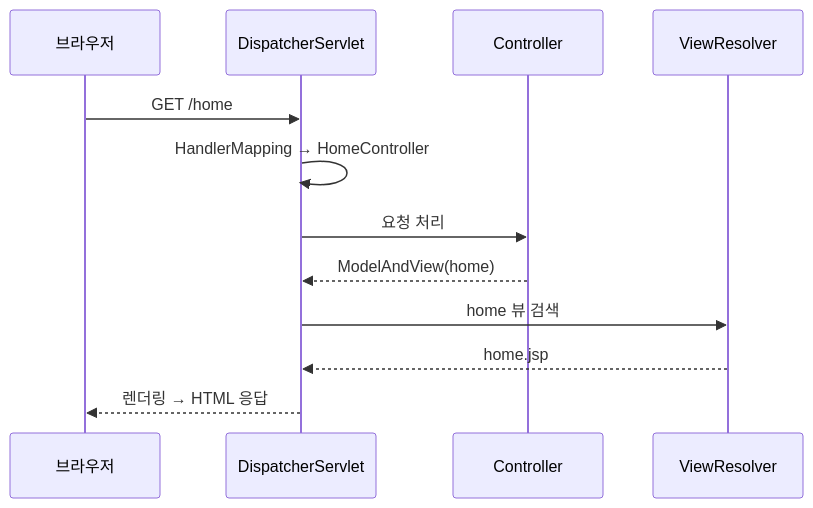
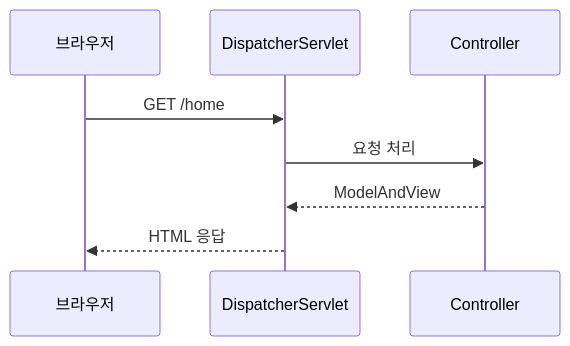
Before and after one commit to yjkim2015/yjkim2015.github.io: the first of 5 diagrams in _posts/spring/2020-08-10-스프링 동작 구조.md, drawn with Mermaid. The commit also changed 155 other files, not shown here.

First line of the commit message:
Mermaid 전면 수정: subgraph 제거, participant/노드/줄수 축소 (342블록)

````diff
--- a/_posts/spring/2020-08-10-스프링 동작 구조.md
+++ b/_posts/spring/2020-08-10-스프링 동작 구조.md
@@ -19,14 +19,10 @@
 ```mermaid
 sequenceDiagram
     participant C as 브라우저
     participant DS as DispatcherServlet
     participant CTRL as Controller
-    participant VR as ViewResolver
     C->>DS: GET /home
-    DS->>DS: HandlerMapping → HomeController
     DS->>CTRL: 요청 처리
-    CTRL-->>DS: ModelAndView(home)
-    DS->>VR: home 뷰 검색
-    VR-->>DS: home.jsp
-    DS-->>C: 렌더링 → HTML 응답
+    CTRL-->>DS: ModelAndView
+    DS-->>C: HTML 응답
 ```
````
